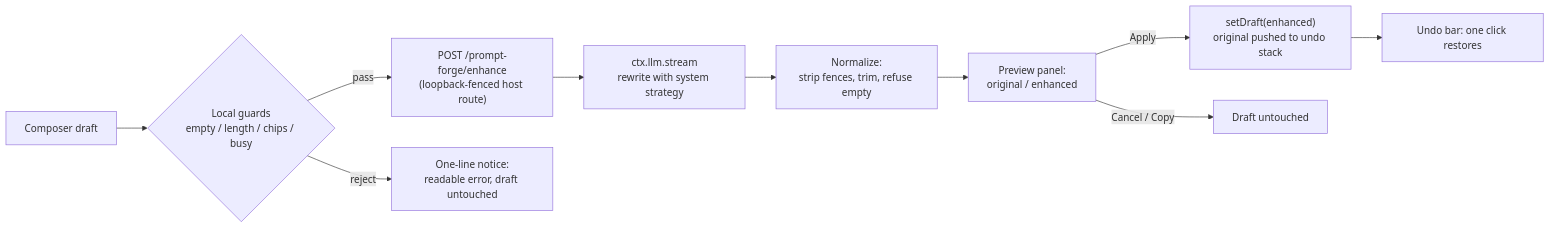
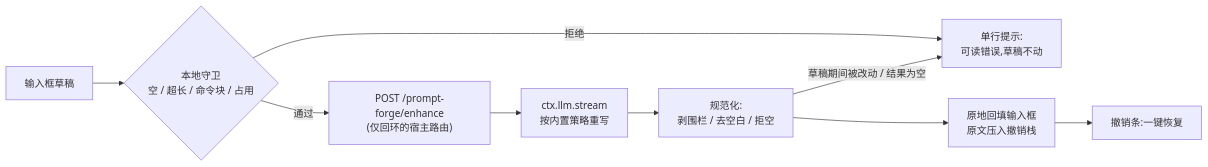
One commit to yuanxing109/dsh-prompt-forge changed the diagram in README.md. Above: the diagram before and after it, drawn with Mermaid. The commit also changed other lines of this file and 21 other files, not shown here.

First line of the commit message:
feat(client): inline self-dismissing notices, tooltip title, drop preview panel

````diff
--- a/README.md
+++ b/README.md
@@ -36,12 +27,11 @@
 ```mermaid
 flowchart LR
-    A[Composer draft] --> B{Local guards<br/>empty / length / chips / busy}
-    B -- pass --> C["POST /prompt-forge/enhance<br/>(loopback-fenced host route)"]
-    B -- reject --> P[One-line notice:<br/>readable error, draft untouched]
-    C --> D["ctx.llm.stream<br/>rewrite with system strategy"]
-    D --> E[Normalize:<br/>strip fences, trim, refuse empty]
-    E --> F[Preview panel:<br/>original / enhanced]
-    F -- Apply --> G["setDraft(enhanced)<br/>original pushed to undo stack"]
-    F -- Cancel / Copy --> H[Draft untouched]
-    G --> U[Undo bar: one click restores]
+    A[输入框草稿] --> B{本地守卫<br/>空 / 超长 / 命令块 / 占用}
+    B -- 通过 --> C["POST /prompt-forge/enhance<br/>(仅回环的宿主路由)"]
+    B -- 拒绝 --> P[单行提示:<br/>可读错误,草稿不动]
+    C --> D["ctx.llm.stream<br/>按内置策略重写"]
+    D --> E[规范化:<br/>剥围栏 / 去空白 / 拒空]
+    E --> F[原地回填输入框<br/>原文压入撤销栈]
+    F --> U[撤销条:一键恢复]
+    E -- 草稿期间被改动 / 结果为空 --> P
 ```
````
